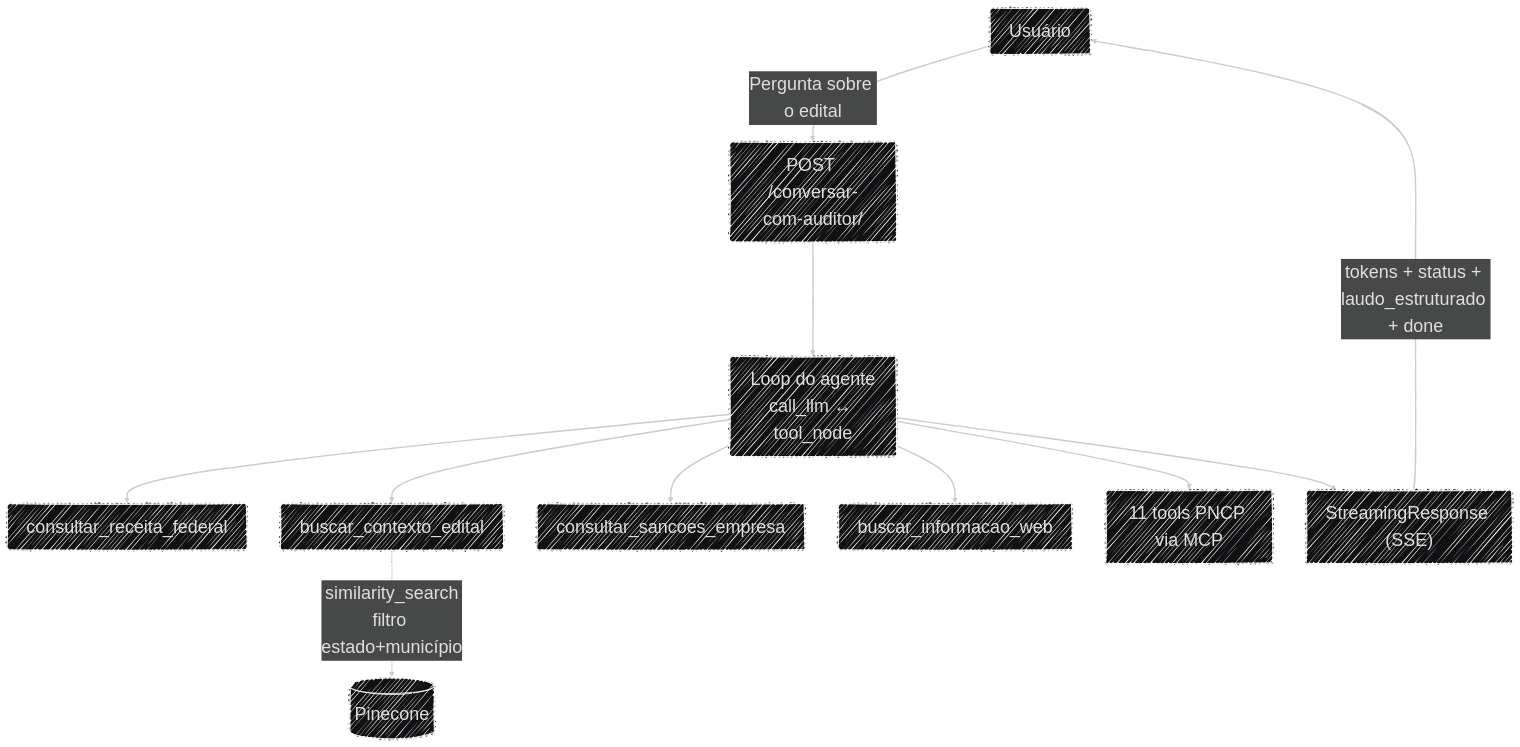
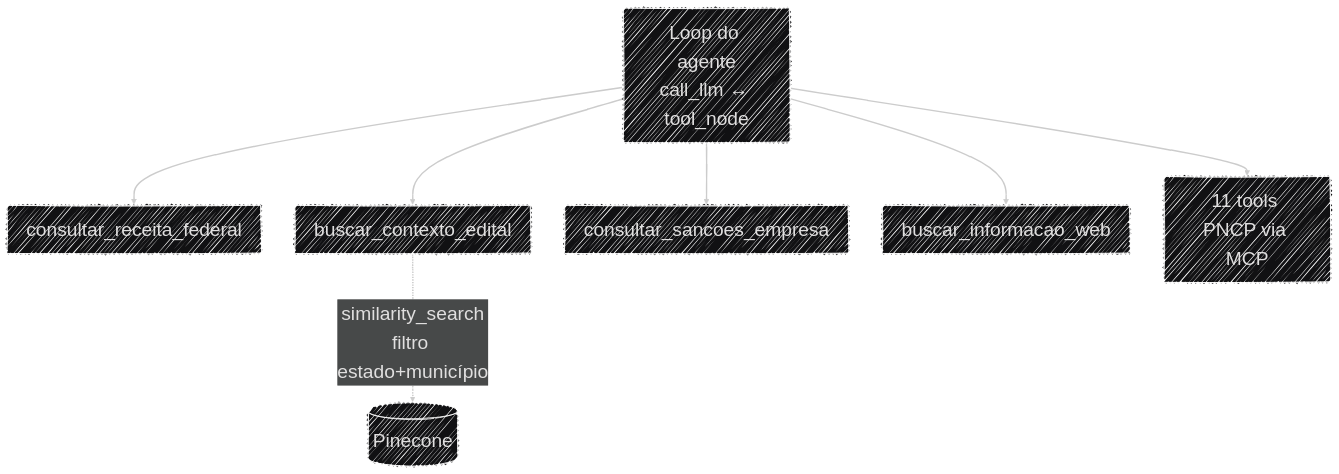
Before and after one commit to Moreira-89/auditor-cidadao: the third of 3 diagrams in docs/arquitetura/fluxo_dados.md, drawn with Mermaid. The commit also changed other lines of this file and 14 other files, not shown here.

````diff
--- a/docs/arquitetura/fluxo_dados.md
+++ b/docs/arquitetura/fluxo_dados.md
@@ -41,25 +71,19 @@
 ```mermaid
 ---
 config:
   layout: dagre
   theme: redux-dark
   look: handDrawn
   fontFamily: '''Source Code Pro Variable'', monospace'
   themeVariables:
     fontFamily: '''Source Code Pro Variable'', monospace'
-    fontSize: '28px'
+    fontSize: '30px'
 ---
 flowchart TB
-    U["Usuário"] -->|"Pergunta sobre o edital"| CHAT["POST /conversar-com-auditor/"]
-    CHAT --> AGENTE["Loop do agente<br>call_llm ↔ tool_node"]
-
-    AGENTE --> RF["consultar_receita_federal"]
+    AGENTE["Loop do agente<br>call_llm ↔ tool_node"] --> RF["consultar_receita_federal"]
     AGENTE --> RAG["buscar_contexto_edital"]
     AGENTE --> SANC["consultar_sancoes_empresa"]
     AGENTE --> WEB["buscar_informacao_web"]
     AGENTE --> MCP["11 tools PNCP via MCP"]
     RAG -.->|"similarity_search<br>filtro estado+município"| PC[("Pinecone")]
-
-    AGENTE --> SSE["StreamingResponse (SSE)"]
-    SSE -->|"tokens + status + laudo_estruturado + done"| U
 ```
````
